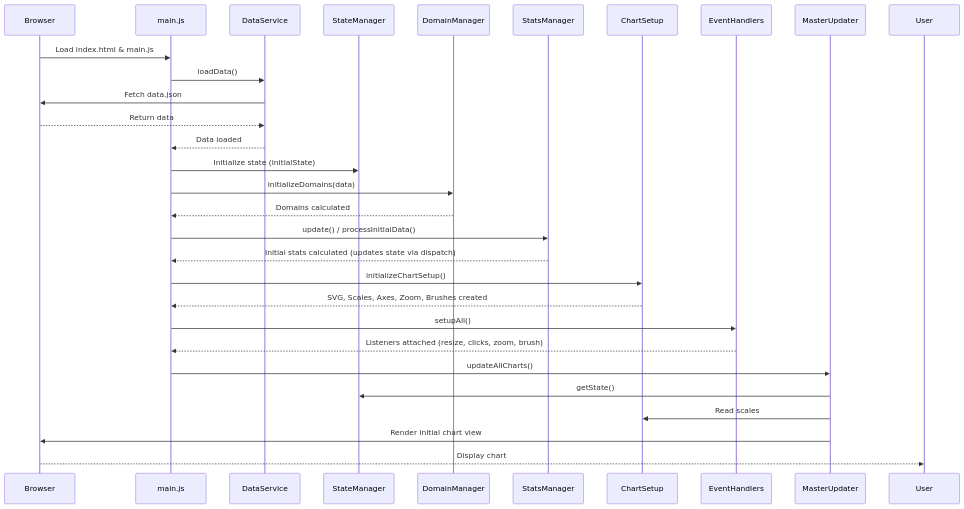
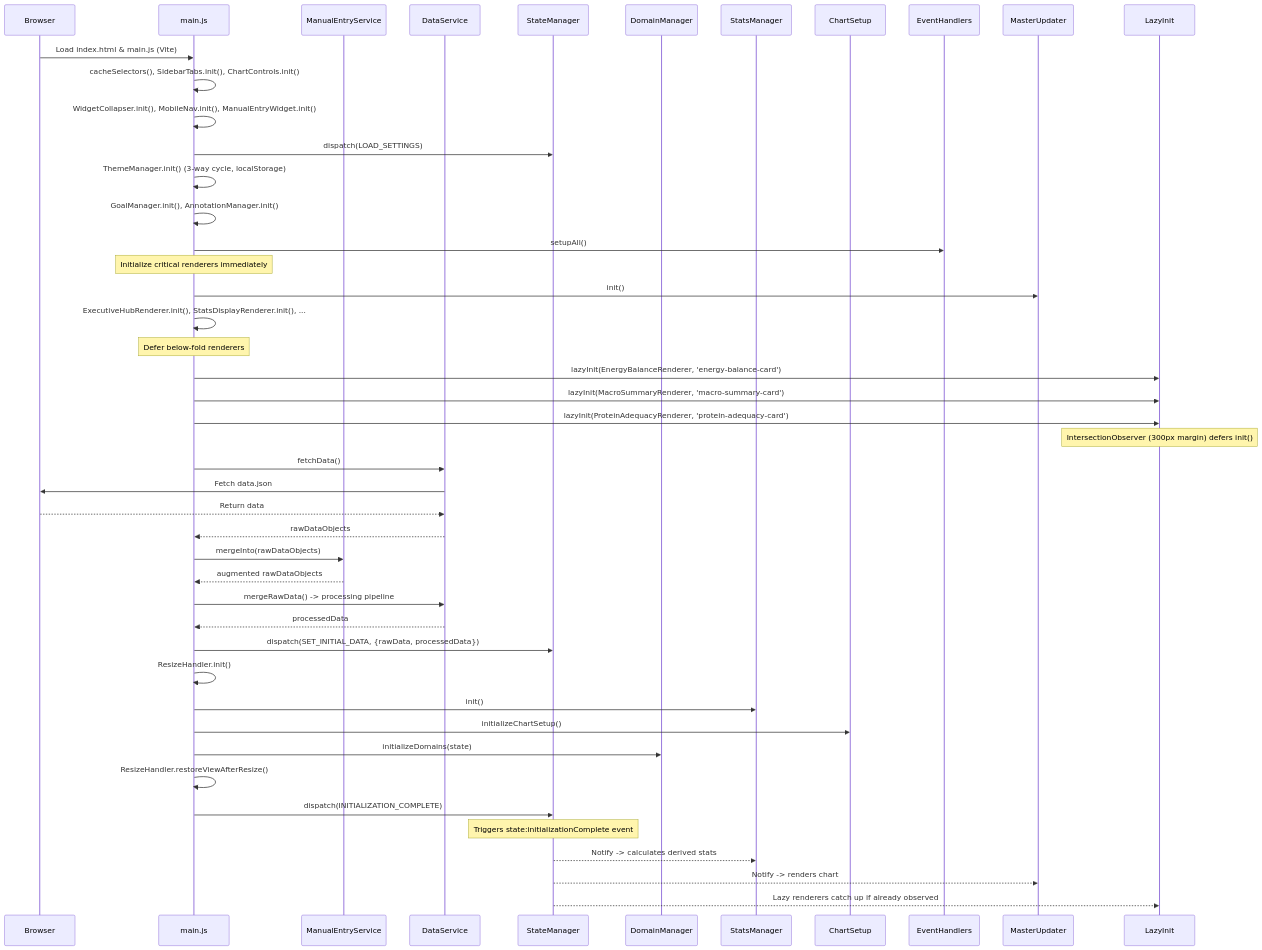
One commit to tomaszkaliciak/weight-insider changed the first of 18 diagrams in frontend/docs/program_flow.md. Above: the diagram before and after it, drawn with Mermaid. The commit also changed other lines of this file and 82 other files, not shown here.

````diff
--- a/frontend/docs/program_flow.md
+++ b/frontend/docs/program_flow.md
@@ -14,32 +12,54 @@
 ```mermaid
 sequenceDiagram
     participant Browser
     participant main.js
+    participant ManualEntryService
     participant DataService
     participant StateManager
     participant DomainManager
     participant StatsManager
     participant ChartSetup
     participant EventHandlers
     participant MasterUpdater
+    participant LazyInit
 
-    Browser->>main.js: Load index.html & main.js
-    main.js->>DataService: loadData()
+    Browser->>main.js: Load index.html & main.js (Vite)
+    main.js->>main.js: cacheSelectors(), SidebarTabs.init(), ChartControls.init()
+    main.js->>main.js: WidgetCollapser.init(), MobileNav.init(), ManualEntryWidget.init()
+    main.js->>StateManager: dispatch(LOAD_SETTINGS)
+    main.js->>main.js: ThemeManager.init() (3-way cycle, localStorage)
+    main.js->>main.js: GoalManager.init(), AnnotationManager.init()
+    main.js->>EventHandlers: setupAll()
+
+    Note over main.js: Initialize critical renderers immediately
+    main.js->>MasterUpdater: init()
+    main.js->>main.js: ExecutiveHubRenderer.init(), StatsDisplayRenderer.init(), ...
+
+    Note over main.js: Defer below-fold renderers
+    main.js->>LazyInit: lazyInit(EnergyBalanceRenderer, 'energy-balance-card')
+    main.js->>LazyInit: lazyInit(MacroSummaryRenderer, 'macro-summary-card')
+    main.js->>LazyInit: lazyInit(ProteinAdequacyRenderer, 'protein-adequacy-card')
+    Note over LazyInit: IntersectionObserver (300px margin) defers init()
+
+    main.js->>DataService: fetchData()
     DataService->>Browser: Fetch data.json
     Browser-->>DataService: Return data
-    DataService-->>main.js: Data loaded
-    main.js->>StateManager: Initialize state (initialState)
-    main.js->>DomainManager: initializeDomains(data)
-    DomainManager-->>main.js: Domains calculated
-    main.js->>StatsManager: update() / processInitialData()
-    StatsManager-->>main.js: Initial stats calculated (updates state via dispatch)
+    DataService-->>main.js: rawDataObjects
+    main.js->>ManualEntryService: mergeInto(rawDataObjects)
+    ManualEntryService-->>main.js: augmented rawDataObjects
+    main.js->>DataService: mergeRawData() -> processing pipeline
+    DataService-->>main.js: processedData
+
+    main.js->>StateManager: dispatch(SET_INITIAL_DATA, {rawData, processedData})
+    main.js->>main.js: ResizeHandler.init()
+    main.js->>StatsManager: init()
     main.js->>ChartSetup: initializeChartSetup()
-    ChartSetup-->>main.js: SVG, Scales, Axes, Zoom, Brushes created
-    main.js->>EventHandlers: setupAll()
-    EventHandlers-->>main.js: Listeners attached (resize, clicks, zoom, brush)
-    main.js->>MasterUpdater: updateAllCharts()
-    MasterUpdater->>StateManager: getState()
-    MasterUpdater->>ChartSetup: Read scales
-    MasterUpdater->>Browser: Render initial chart view
-    Browser-->>User: Display chart
+    main.js->>DomainManager: initializeDomains(state)
+    main.js->>main.js: ResizeHandler.restoreViewAfterResize()
+    main.js->>StateManager: dispatch(INITIALIZATION_COMPLETE)
+
+    Note over StateManager: Triggers state:initializationComplete event
+    StateManager-->>StatsManager: Notify -> calculates derived stats
+    StateManager-->>MasterUpdater: Notify -> renders chart
+    StateManager-->>LazyInit: Lazy renderers catch up if already observed
 ```
````
